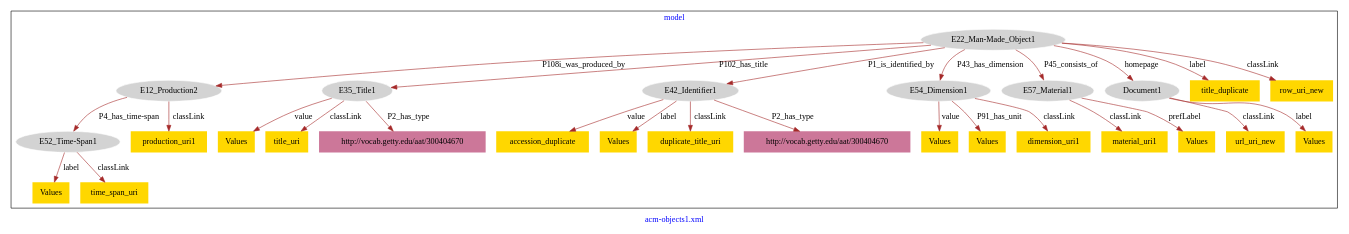
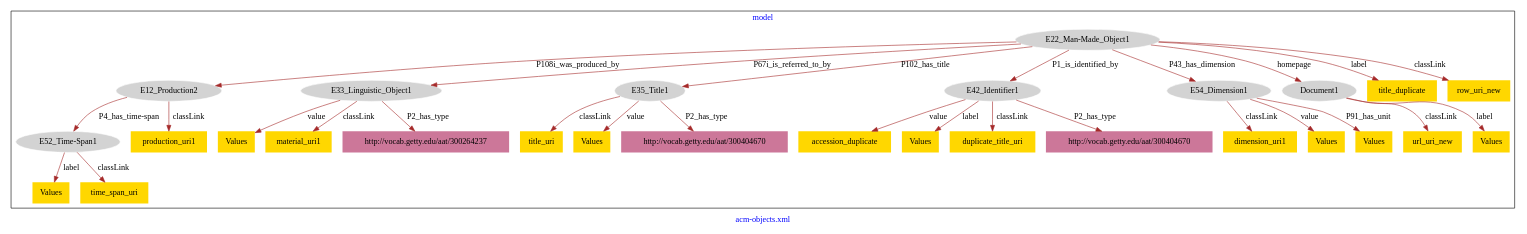
The diagram in acm-objects/acm-objects-model.dot (american-art/acm), drawn with Graphviz before and after one commit.

Commit message:
Update file acm-objects-model.dot

```diff
--- a/acm-objects/acm-objects-model.dot
+++ b/acm-objects/acm-objects-model.dot
@@ -1,61 +1,63 @@
 digraph n0 {
 fontcolor="blue"
 remincross="true"
-label="acm-objects1.xml"
+label="acm-objects.xml"
 subgraph cluster {
 label="model"
 n2[style="filled",color="white",fillcolor="lightgray",label="E12_Production2"];
 n3[style="filled",color="white",fillcolor="lightgray",label="E52_Time-Span1"];
 n4[style="filled",color="white",fillcolor="lightgray",label="E22_Man-Made_Object1"];
-n5[style="filled",color="white",fillcolor="lightgray",label="E35_Title1"];
-n6[style="filled",color="white",fillcolor="lightgray",label="E42_Identifier1"];
-n7[style="filled",color="white",fillcolor="lightgray",label="E54_Dimension1"];
-n8[style="filled",color="white",fillcolor="lightgray",label="E57_Material1"];
+n5[style="filled",color="white",fillcolor="lightgray",label="E33_Linguistic_Object1"];
+n6[style="filled",color="white",fillcolor="lightgray",label="E35_Title1"];
+n7[style="filled",color="white",fillcolor="lightgray",label="E42_Identifier1"];
+n8[style="filled",color="white",fillcolor="lightgray",label="E54_Dimension1"];
 n9[style="filled",color="white",fillcolor="lightgray",label="Document1"];
-n10[shape="plaintext",style="filled",fillcolor="gold",label="title_duplicate"];
-n11[shape="plaintext",style="filled",fillcolor="gold",label="Values"];
-n12[shape="plaintext",style="filled",fillcolor="gold",label="Values"];
-n13[shape="plaintext",style="filled",fillcolor="gold",label="Values"];
-n14[shape="plaintext",style="filled",fillcolor="gold",label="accession_duplicate"];
+n10[shape="plaintext",style="filled",fillcolor="gold",label="Values"];
+n11[shape="plaintext",style="filled",fillcolor="gold",label="title_duplicate"];
+n12[shape="plaintext",style="filled",fillcolor="gold",label="material_uri1"];
+n13[shape="plaintext",style="filled",fillcolor="gold",label="accession_duplicate"];
+n14[shape="plaintext",style="filled",fillcolor="gold",label="title_uri"];
 n15[shape="plaintext",style="filled",fillcolor="gold",label="url_uri_new"];
-n16[shape="plaintext",style="filled",fillcolor="gold",label="Values"];
-n17[shape="plaintext",style="filled",fillcolor="gold",label="Values"];
-n18[shape="plaintext",style="filled",fillcolor="gold",label="duplicate_title_uri"];
-n19[shape="plaintext",style="filled",fillcolor="gold",label="time_span_uri"];
-n20[shape="plaintext",style="filled",fillcolor="gold",label="material_uri1"];
-n21[shape="plaintext",style="filled",fillcolor="gold",label="row_uri_new"];
-n22[shape="plaintext",style="filled",fillcolor="gold",label="title_uri"];
-n23[shape="plaintext",style="filled",fillcolor="gold",label="production_uri1"];
+n16[shape="plaintext",style="filled",fillcolor="gold",label="dimension_uri1"];
+n17[shape="plaintext",style="filled",fillcolor="gold",label="production_uri1"];
+n18[shape="plaintext",style="filled",fillcolor="gold",label="Values"];
+n19[shape="plaintext",style="filled",fillcolor="gold",label="Values"];
+n20[shape="plaintext",style="filled",fillcolor="gold",label="Values"];
+n21[shape="plaintext",style="filled",fillcolor="gold",label="Values"];
+n22[shape="plaintext",style="filled",fillcolor="gold",label="duplicate_title_uri"];
+n23[shape="plaintext",style="filled",fillcolor="gold",label="Values"];
 n24[shape="plaintext",style="filled",fillcolor="gold",label="Values"];
-n25[shape="plaintext",style="filled",fillcolor="gold",label="Values"];
-n26[shape="plaintext",style="filled",fillcolor="gold",label="dimension_uri1"];
+n25[shape="plaintext",style="filled",fillcolor="gold",label="row_uri_new"];
+n26[shape="plaintext",style="filled",fillcolor="gold",label="time_span_uri"];
 n27[shape="plaintext",style="filled",fillcolor="#CC7799",label="http://vocab.getty.edu/aat/300404670"];
 n28[shape="plaintext",style="filled",fillcolor="#CC7799",label="http://vocab.getty.edu/aat/300404670"];
+n29[shape="plaintext",style="filled",fillcolor="#CC7799",label="http://vocab.getty.edu/aat/300264237"];
 }
 n2 -> n3[color="brown",fontcolor="black",label="P4_has_time-span"]
 n4 -> n2[color="brown",fontcolor="black",label="P108i_was_produced_by"]
-n4 -> n5[color="brown",fontcolor="black",label="P102_has_title"]
-n4 -> n6[color="brown",fontcolor="black",label="P1_is_identified_by"]
-n4 -> n7[color="brown",fontcolor="black",label="P43_has_dimension"]
-n4 -> n8[color="brown",fontcolor="black",label="P45_consists_of"]
+n4 -> n5[color="brown",fontcolor="black",label="P67i_is_referred_to_by"]
+n4 -> n6[color="brown",fontcolor="black",label="P102_has_title"]
+n4 -> n7[color="brown",fontcolor="black",label="P1_is_identified_by"]
+n4 -> n8[color="brown",fontcolor="black",label="P43_has_dimension"]
 n4 -> n9[color="brown",fontcolor="black",label="homepage"]
-n4 -> n10[color="brown",fontcolor="black",label="label"]
-n5 -> n11[color="brown",fontcolor="black",label="value"]
-n3 -> n12[color="brown",fontcolor="black",label="label"]
+n5 -> n10[color="brown",fontcolor="black",label="value"]
+n4 -> n11[color="brown",fontcolor="black",label="label"]
+n5 -> n12[color="brown",fontcolor="black",label="classLink"]
 n7 -> n13[color="brown",fontcolor="black",label="value"]
-n6 -> n14[color="brown",fontcolor="black",label="value"]
+n6 -> n14[color="brown",fontcolor="black",label="classLink"]
 n9 -> n15[color="brown",fontcolor="black",label="classLink"]
-n9 -> n16[color="brown",fontcolor="black",label="label"]
-n6 -> n17[color="brown",fontcolor="black",label="label"]
-n6 -> n18[color="brown",fontcolor="black",label="classLink"]
-n3 -> n19[color="brown",fontcolor="black",label="classLink"]
-n8 -> n20[color="brown",fontcolor="black",label="classLink"]
-n4 -> n21[color="brown",fontcolor="black",label="classLink"]
-n5 -> n22[color="brown",fontcolor="black",label="classLink"]
-n2 -> n23[color="brown",fontcolor="black",label="classLink"]
-n8 -> n24[color="brown",fontcolor="black",label="prefLabel"]
-n7 -> n25[color="brown",fontcolor="black",label="P91_has_unit"]
-n7 -> n26[color="brown",fontcolor="black",label="classLink"]
-n5 -> n27[color="brown",fontcolor="black",label="P2_has_type"]
+n8 -> n16[color="brown",fontcolor="black",label="classLink"]
+n2 -> n17[color="brown",fontcolor="black",label="classLink"]
+n8 -> n18[color="brown",fontcolor="black",label="value"]
+n3 -> n19[color="brown",fontcolor="black",label="label"]
+n7 -> n20[color="brown",fontcolor="black",label="label"]
+n6 -> n21[color="brown",fontcolor="black",label="value"]
+n7 -> n22[color="brown",fontcolor="black",label="classLink"]
+n8 -> n23[color="brown",fontcolor="black",label="P91_has_unit"]
+n9 -> n24[color="brown",fontcolor="black",label="label"]
+n4 -> n25[color="brown",fontcolor="black",label="classLink"]
+n3 -> n26[color="brown",fontcolor="black",label="classLink"]
+n7 -> n27[color="brown",fontcolor="black",label="P2_has_type"]
 n6 -> n28[color="brown",fontcolor="black",label="P2_has_type"]
+n5 -> n29[color="brown",fontcolor="black",label="P2_has_type"]
 }
```
